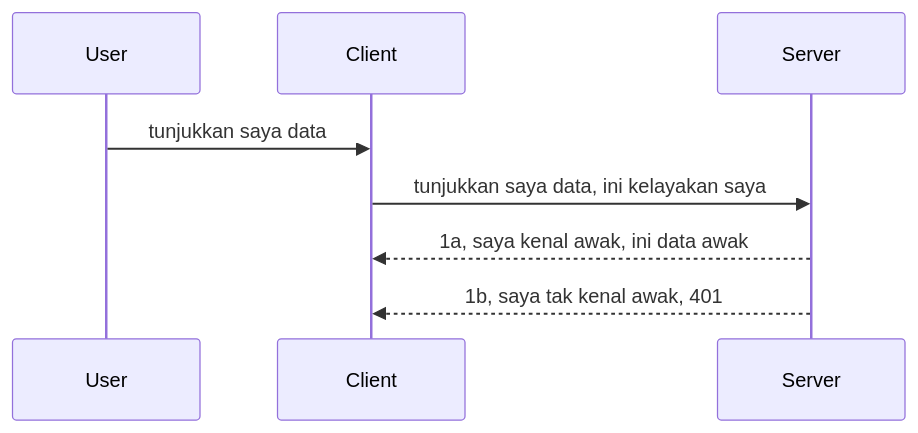
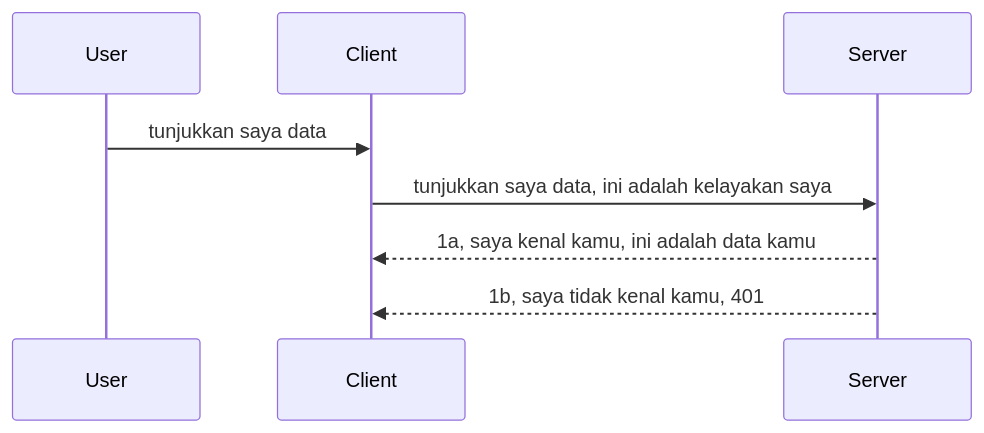
The diagram in mcp_ecosystem__model_context_protocol/mcp_learning_resources/mcp-for-beginners/translations/ms/03-GettingStarted/11-simple-auth/README.md (HIDORAKAI002/ai-workspace-archive), drawn with Mermaid before and after one commit. The commit also changed other lines of this file and 1046 other files, not shown here.

````diff
--- a/mcp_ecosystem__model_context_protocol/mcp_learning_resources/mcp-for-beginners/translations/ms/03-GettingStarted/11-simple-auth/README.md
+++ b/mcp_ecosystem__model_context_protocol/mcp_learning_resources/mcp-for-beginners/translations/ms/03-GettingStarted/11-simple-auth/README.md
@@ -24,11 +24,11 @@
 ```mermaid
 sequenceDiagram
    participant User
    participant Client
    participant Server
 
    User->>Client: tunjukkan saya data
-   Client->>Server: tunjukkan saya data, ini kelayakan saya
-   Server-->>Client: 1a, saya kenal awak, ini data awak
-   Server-->>Client: 1b, saya tak kenal awak, 401 
+   Client->>Server: tunjukkan saya data, ini adalah kelayakan saya
+   Server-->>Client: 1a, saya kenal kamu, ini adalah data kamu
+   Server-->>Client: 1b, saya tidak kenal kamu, 401 
 ```
````
